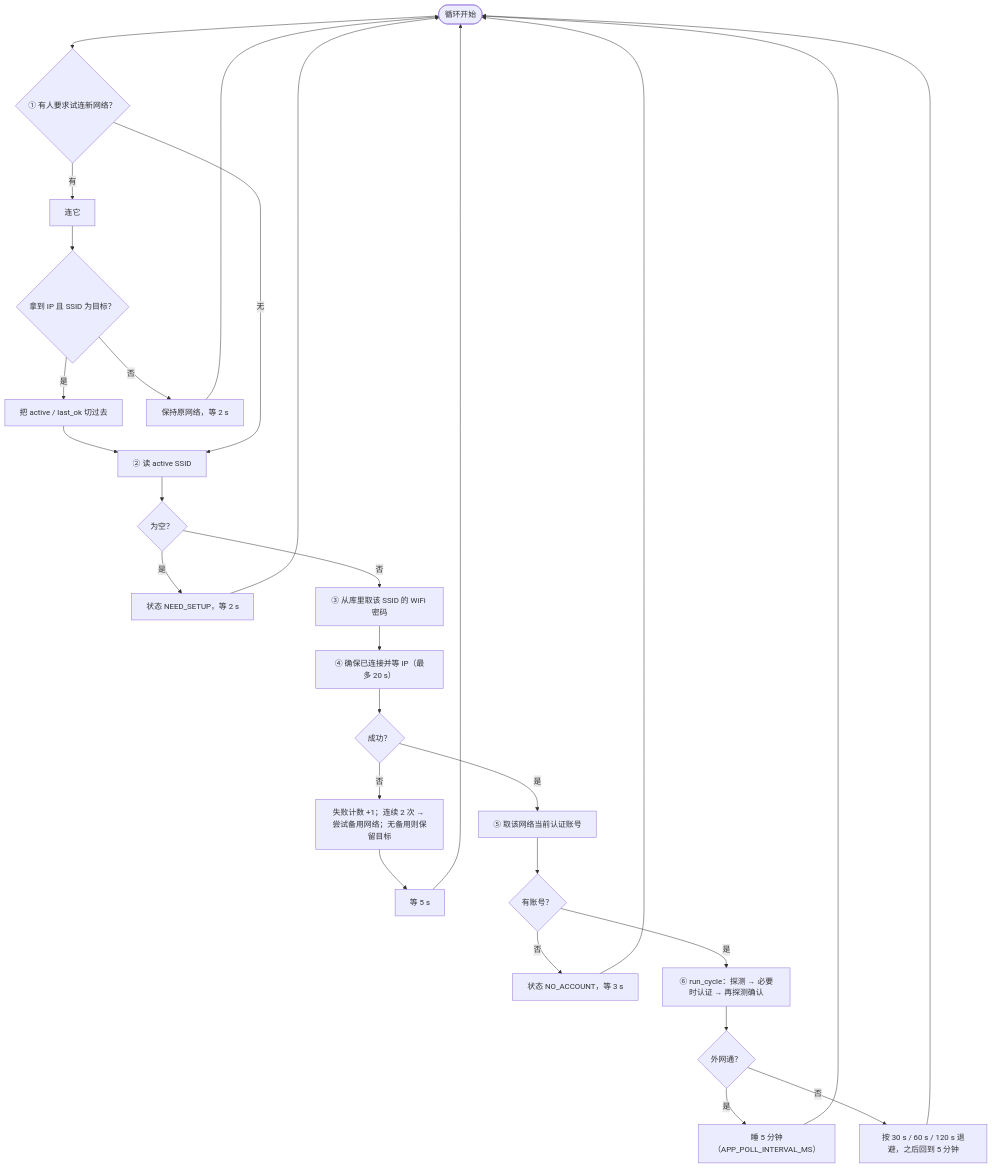
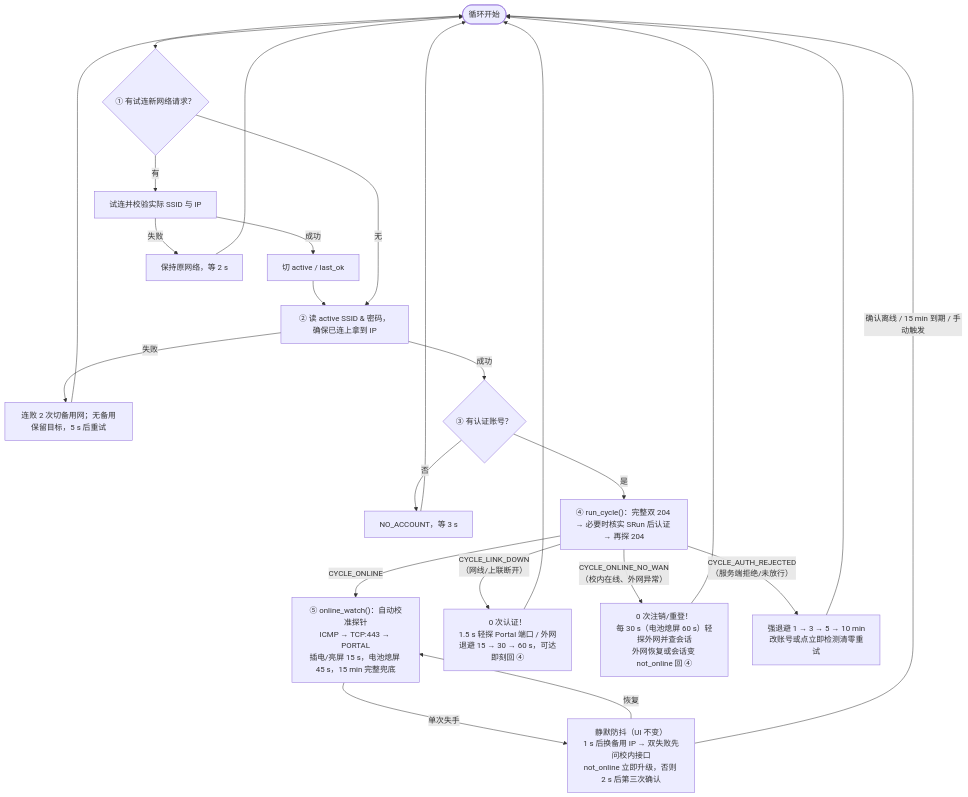
One commit to Tommie-P-xl/esp32s3-netkeeper changed the fourth of 6 diagrams in README.md. Above: the diagram before and after it, drawn with Mermaid. The commit also changed other lines of this file and 28 other files, not shown here.

````diff
--- a/README.md
+++ b/README.md
@@ -694,23 +704,19 @@
 ```mermaid
 flowchart TD
-    S([循环开始]) --> A{"① 有人要求试连新网络？"}
-    A -- 有 --> A1["连它"]
-    A1 --> A2{"拿到 IP 且 SSID 为目标？"}
-    A2 -- 是 --> A3["把 active / last_ok 切过去"]
-    A3 --> B
-    A2 -- 否 --> A4["保持原网络，等 2 s"] --> S
-    A -- 无 --> B["② 读 active SSID"]
-    B --> B1{"为空？"}
-    B1 -- 是 --> B2["状态 NEED_SETUP，等 2 s"] --> S
-    B1 -- 否 --> C["③ 从库里取该 SSID 的 WiFi 密码"]
-    C --> D["④ 确保已连接并等 IP（最多 20 s）"]
-    D --> D1{"成功？"}
-    D1 -- 否 --> D2["失败计数 +1；连续 2 次 → 尝试备用网络；无备用则保留目标"] --> D3["等 5 s"] --> S
-    D1 -- 是 --> E["⑤ 取该网络当前认证账号"]
-    E --> E1{"有账号？"}
-    E1 -- 否 --> E2["状态 NO_ACCOUNT，等 3 s"] --> S
-    E1 -- 是 --> F["⑥ run_cycle：探测 → 必要时认证 → 再探测确认"]
-    F --> F1{"外网通？"}
-    F1 -- 是 --> F2["睡 5 分钟（APP_POLL_INTERVAL_MS）"] --> S
-    F1 -- 否 --> F3["按 30 s / 60 s / 120 s 退避，之后回到 5 分钟"] --> S
+    S([循环开始]) --> A{"① 有试连新网络请求？"}
+    A -- 有 --> A1["试连并校验实际 SSID 与 IP"]
+    A1 -- 成功 --> A2["切 active / last_ok"] --> B
+    A1 -- 失败 --> A3["保持原网络，等 2 s"] --> S
+    A -- 无 --> B["② 读 active SSID & 密码，确保已连上拿到 IP"]
+    B -- 失败 --> B1["连败 2 次切备用网；无备用保留目标，5 s 后重试"] --> S
+    B -- 成功 --> C{"③ 有认证账号？"}
+    C -- 否 --> C1["NO_ACCOUNT，等 3 s"] --> S
+    C -- 是 --> D["④ run_cycle()：完整双 204 → 必要时核实 SRun 后认证 → 再探 204"]
+    D -- "CYCLE_ONLINE" --> E["⑤ online_watch()：自动校准探针<br/>ICMP → TCP:443 → PORTAL<br/>插电/亮屏 15 s，电池熄屏 45 s，15 min 完整兜底"]
+    E -- "单次失手" --> E1["静默防抖（UI 不变）<br/>1 s 后换备用 IP → 双失败先问校内接口<br/>not_online 立即升级，否则 2 s 后第三次确认"]
+    E1 -- "恢复" --> E
+    E1 -- "确认离线 / 15 min 到期 / 手动触发" --> S
+    D -- "CYCLE_LINK_DOWN<br/>（网线/上联断开）" --> F["0 次认证！<br/>1.5 s 轻探 Portal 端口 / 外网<br/>退避 15 → 30 → 60 s，可达即刻回 ④"] --> S
+    D -- "CYCLE_ONLINE_NO_WAN<br/>（校内在线、外网异常）" --> G["0 次注销/重登！<br/>每 30 s（电池熄屏 60 s）轻探外网并查会话<br/>外网恢复或会话变 not_online 回 ④"] --> S
+    D -- "CYCLE_AUTH_REJECTED<br/>（服务端拒绝/未放行）" --> H["强退避 1 → 3 → 5 → 10 min<br/>改账号或点立即检测清零重试"] --> S
 ```
````
